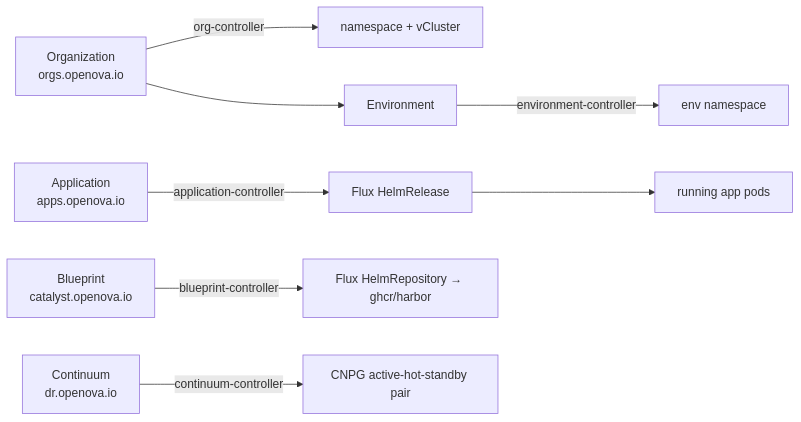
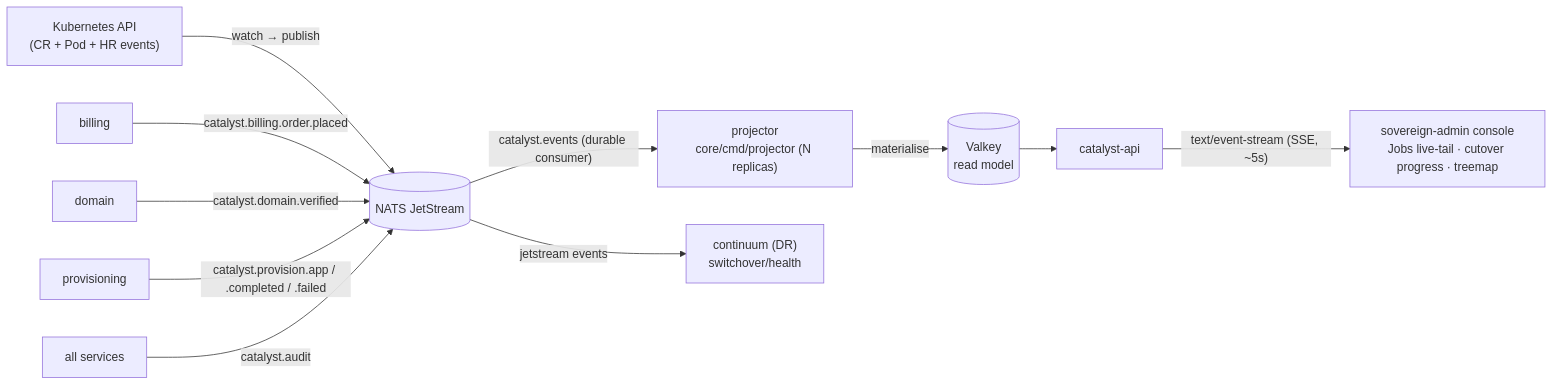
Before and after one commit to openova-io/openova: the eighth of 16 diagrams in docs/SYSTEM-DESIGN.md, drawn with Mermaid. The commit also changed other lines of this file, not shown here.

````diff
--- a/docs/SYSTEM-DESIGN.md
+++ b/docs/SYSTEM-DESIGN.md
@@ -161,10 +266,13 @@
 ```mermaid
 graph LR
-  Org["Organization<br/>orgs.openova.io"] -->|org-controller| Ns["namespace + vCluster"]
-  Org --> EnvCR["Environment"]
-  EnvCR -->|environment-controller| Nsp["env namespace"]
-  AppCR["Application<br/>apps.openova.io"] -->|application-controller| HR["Flux HelmRelease"]
-  BpCR["Blueprint<br/>catalyst.openova.io"] -->|blueprint-controller| HRepo["Flux HelmRepository → ghcr/harbor"]
-  Cont["Continuum<br/>dr.openova.io"] -->|continuum-controller| Pair["CNPG active-hot-standby pair"]
-  HR --> Pod["running app pods"]
+  K8S["Kubernetes API<br/>(CR + Pod + HR events)"] -->|watch → publish| JS[("NATS JetStream")]
+  BILL["billing"] -->|catalyst.billing.order.placed| JS
+  DOM["domain"] -->|catalyst.domain.verified| JS
+  PROVN["provisioning"] -->|catalyst.provision.app / .completed / .failed| JS
+  AUD["all services"] -->|catalyst.audit| JS
+  JS -->|"catalyst.events (durable consumer)"| PROJ["projector<br/>core/cmd/projector (N replicas)"]
+  PROJ -->|materialise| VALKEY[("Valkey<br/>read model")]
+  VALKEY --> API["catalyst-api"]
+  API -->|"text/event-stream (SSE, ~5s)"| UI["sovereign-admin console<br/>Jobs live-tail · cutover progress · treemap"]
+  JS -->|jetstream events| CONT["continuum (DR)<br/>switchover/health"]
 ```
````
